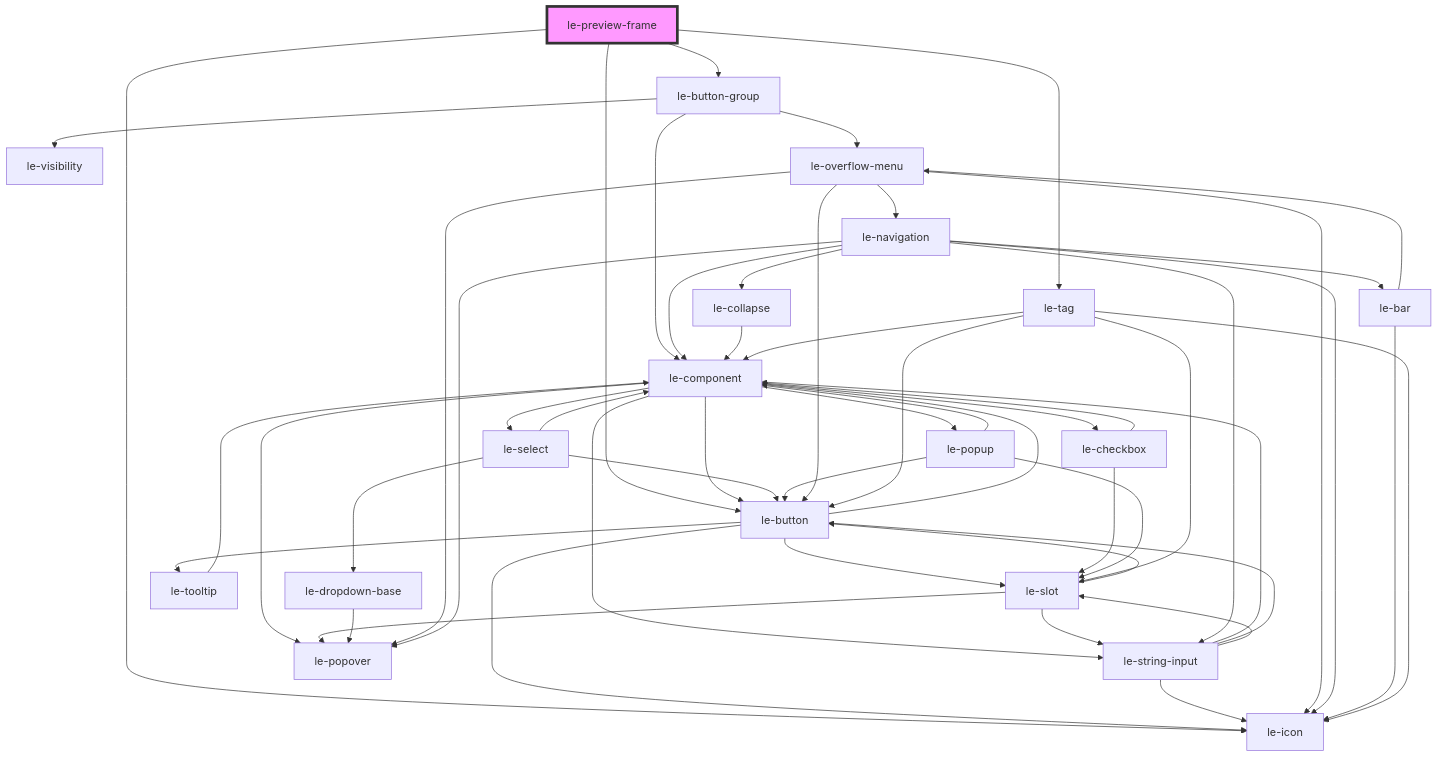
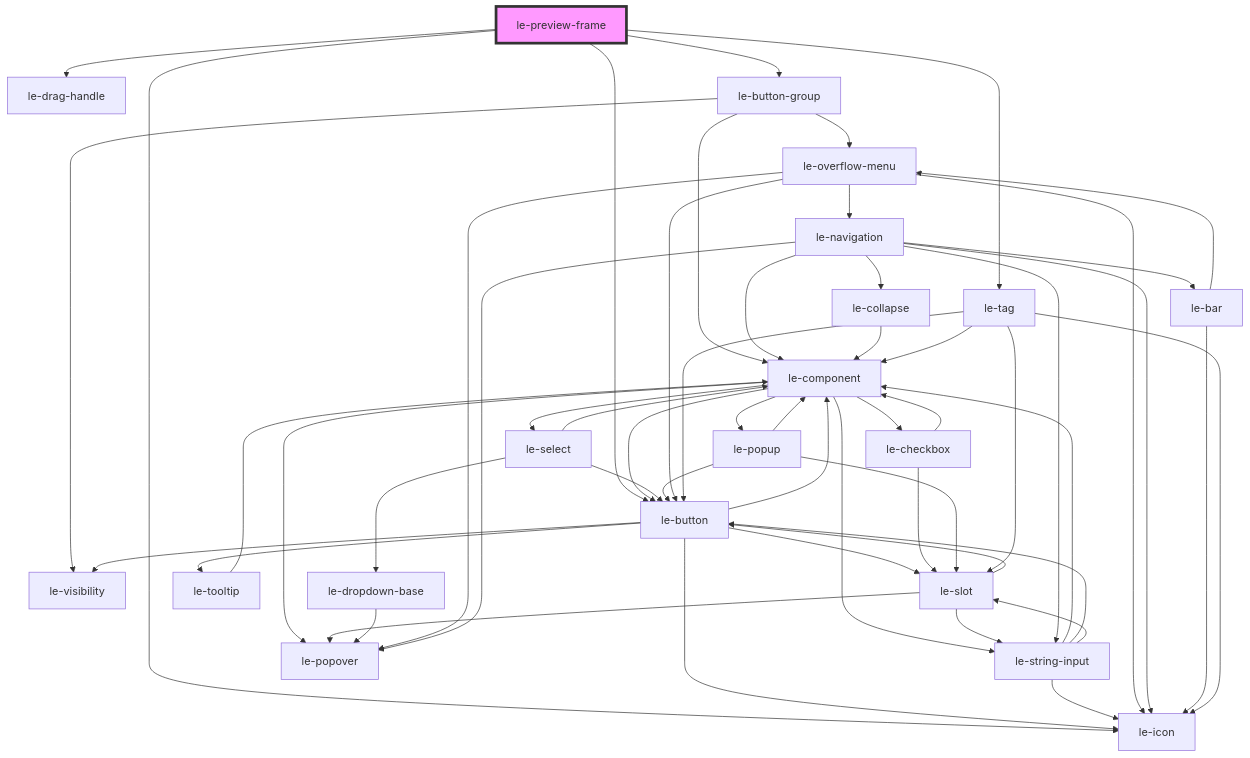
Before and after one commit to leechy/le-kit: the diagram in packages/core/src/components/le-preview-frame/readme.md, drawn with Mermaid. The commit also changed other lines of this file and 35 other files, not shown here.

````diff
--- a/packages/core/src/components/le-preview-frame/readme.md
+++ b/packages/core/src/components/le-preview-frame/readme.md
@@ -95,55 +96,57 @@
 ```mermaid
 graph TD;
+  le-preview-frame --> le-drag-handle
   le-preview-frame --> le-button-group
   le-preview-frame --> le-button
   le-preview-frame --> le-icon
   le-preview-frame --> le-tag
   le-button-group --> le-component
   le-button-group --> le-visibility
   le-button-group --> le-overflow-menu
   le-component --> le-button
   le-component --> le-select
   le-component --> le-checkbox
   le-component --> le-string-input
   le-component --> le-popover
   le-component --> le-popup
   le-button --> le-icon
+  le-button --> le-visibility
   le-button --> le-slot
   le-button --> le-component
   le-button --> le-tooltip
   le-slot --> le-popover
   le-slot --> le-button
   le-slot --> le-string-input
   le-string-input --> le-component
   le-string-input --> le-button
   le-string-input --> le-icon
   le-string-input --> le-slot
   le-tooltip --> le-component
   le-select --> le-component
   le-select --> le-dropdown-base
   le-select --> le-button
   le-dropdown-base --> le-popover
   le-checkbox --> le-component
   le-checkbox --> le-slot
   le-popup --> le-slot
   le-popup --> le-button
   le-popup --> le-component
   le-overflow-menu --> le-navigation
   le-overflow-menu --> le-popover
   le-overflow-menu --> le-button
   le-overflow-menu --> le-icon
   le-navigation --> le-string-input
   le-navigation --> le-icon
   le-navigation --> le-collapse
   le-navigation --> le-popover
   le-navigation --> le-bar
   le-navigation --> le-component
   le-collapse --> le-component
   le-bar --> le-icon
   le-bar --> le-overflow-menu
   le-tag --> le-component
   le-tag --> le-slot
   le-tag --> le-button
   le-tag --> le-icon
   style le-preview-frame fill:#f9f,stroke:#333,stroke-width:4px
 ```
````
